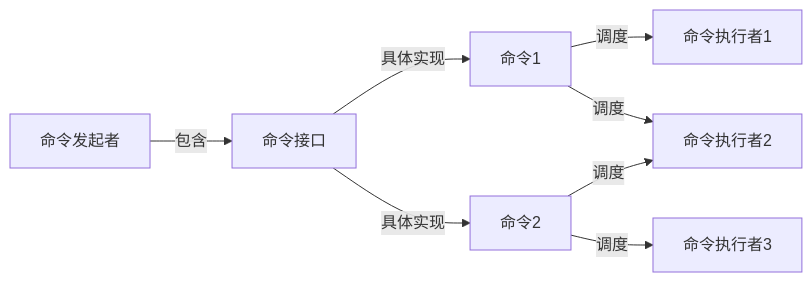
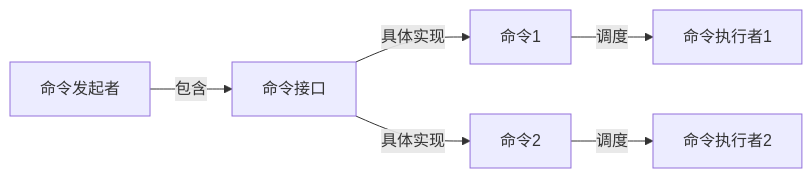
Before and after one commit to EMOSAMA/emo: the second of 3 diagrams in _posts/2022-07-14-命令模式.md, drawn with Mermaid.

````diff
--- a/_posts/2022-07-14-命令模式.md
+++ b/_posts/2022-07-14-命令模式.md
@@ -40,7 +40,7 @@
  ```mermaid
 graph LR
     A[命令发起者] --> |包含| B[命令接口]
     B --> |具体实现| C[命令1] & D[命令2]
-    C --> |调度| E[命令执行者1] & F[命令执行者2]
-    D --> |调度| F[命令执行者2] & G[命令执行者3]
+    C --> |调度| E[命令执行者1]
+    D --> |调度| F[命令执行者2]
  ```
````
